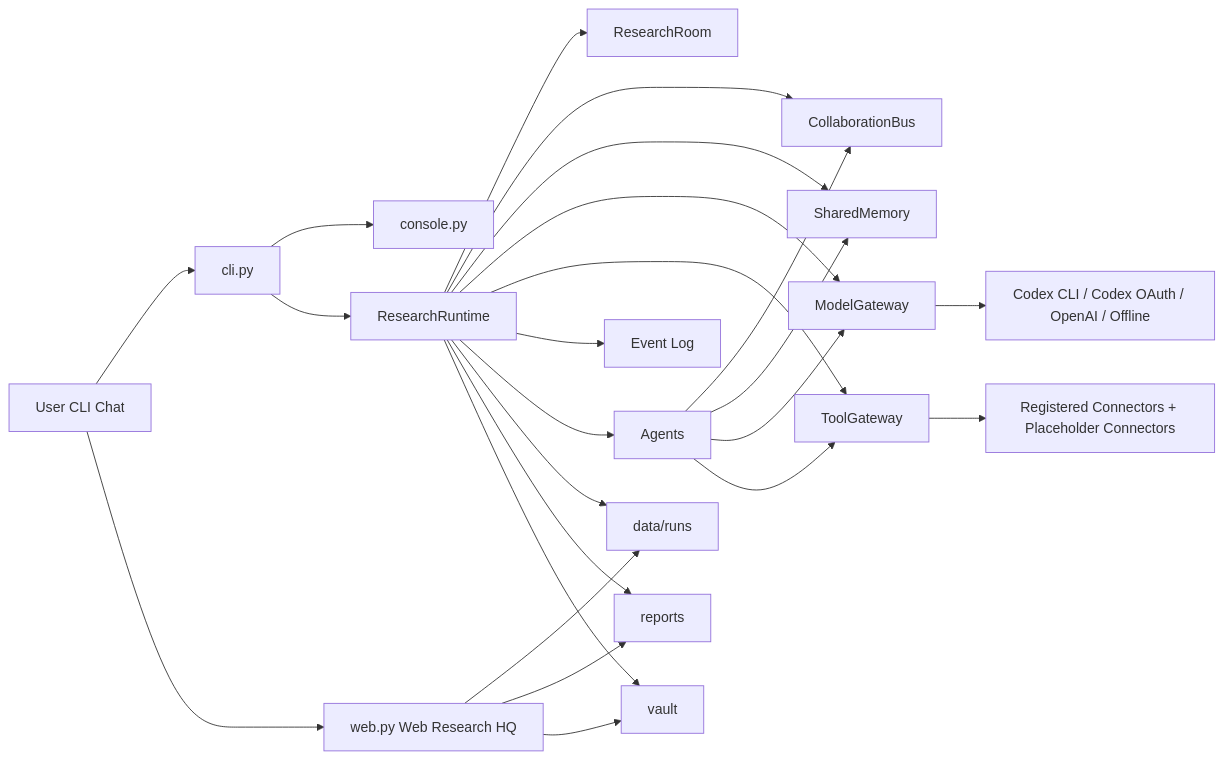
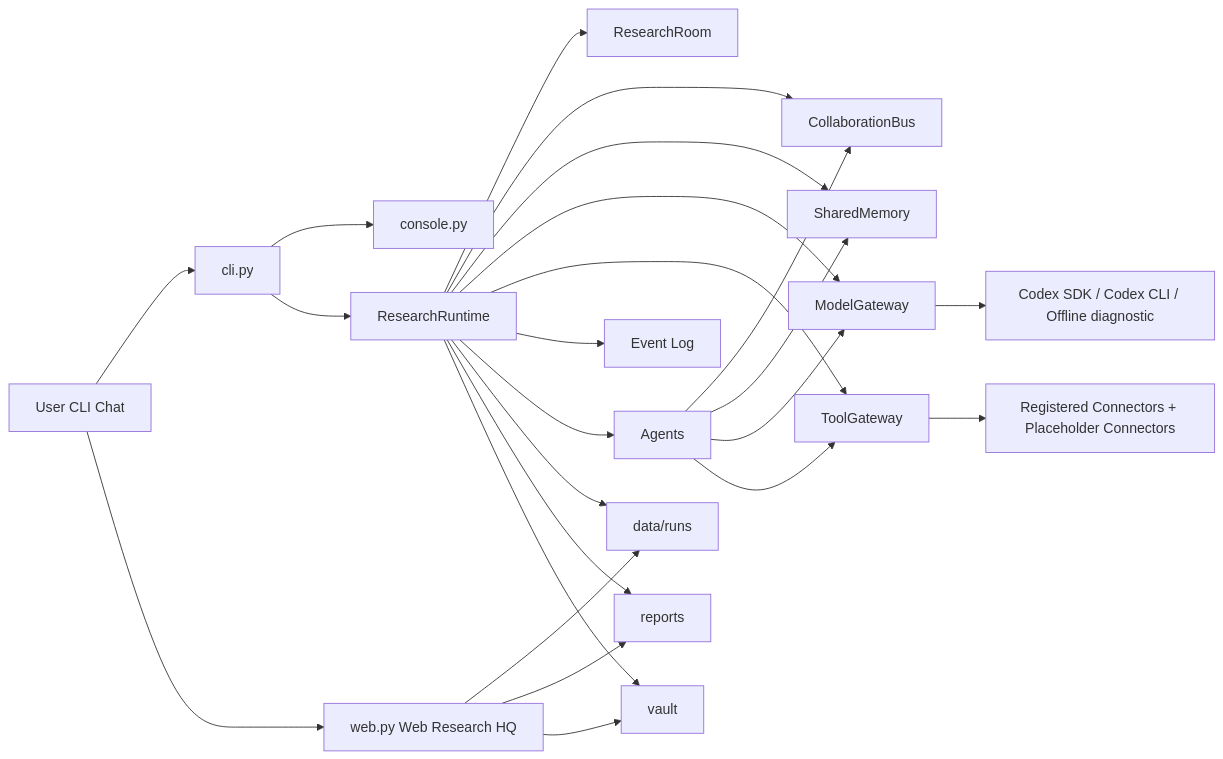
Before and after one commit to Musashi-great/jimmoria: the diagram in docs/jimmoria-project-structure.md, drawn with Mermaid. The commit also changed other lines of this file and 10 other files, not shown here.

Commit message:
Refactor model routing for Codex SDK

````diff
--- a/docs/jimmoria-project-structure.md
+++ b/docs/jimmoria-project-structure.md
@@ -106,30 +106,30 @@
 ```mermaid
 flowchart LR
     User[User CLI Chat] --> CLI[cli.py]
     CLI --> Console[console.py]
     CLI --> Runtime[ResearchRuntime]
     User --> Web[web.py Web Research HQ]
 
     Runtime --> Room[ResearchRoom]
     Runtime --> Bus[CollaborationBus]
     Runtime --> Memory[SharedMemory]
     Runtime --> Model[ModelGateway]
     Runtime --> Tools[ToolGateway]
     Runtime --> Events[Event Log]
 
-    Model --> Provider[Codex CLI / Codex OAuth / OpenAI / Offline]
+    Model --> Provider[Codex SDK / Codex CLI / Offline diagnostic]
     Tools --> External[Registered Connectors + Placeholder Connectors]
 
     Runtime --> Agents[Agents]
     Agents --> Bus
     Agents --> Memory
     Agents --> Model
     Agents --> Tools
 
     Runtime --> Runs[data/runs]
     Runtime --> Reports[reports]
     Runtime --> Vault[vault]
     Web --> Runs
     Web --> Reports
     Web --> Vault
 ```
````
